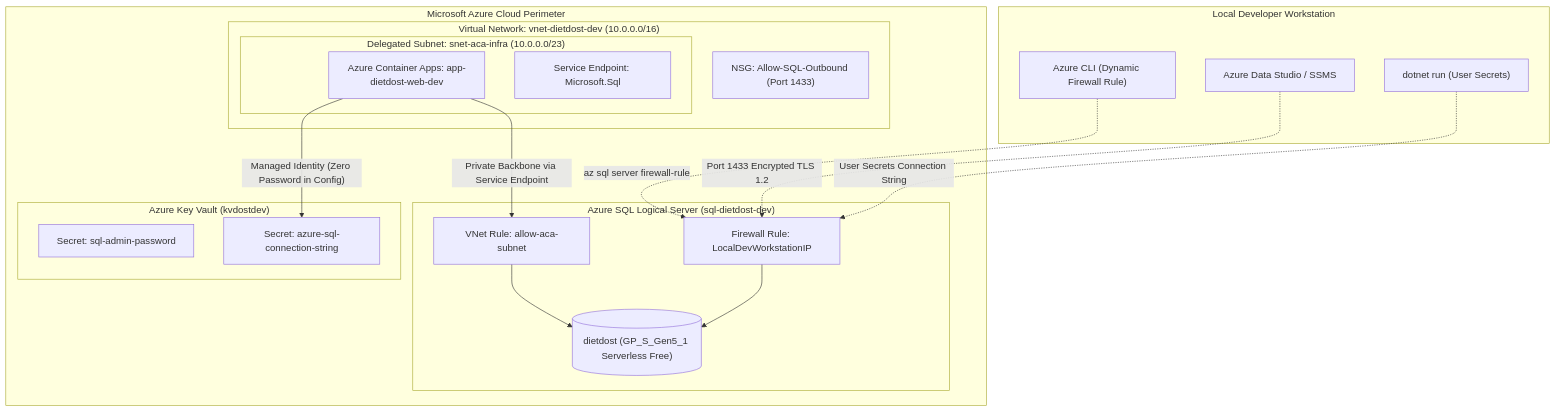
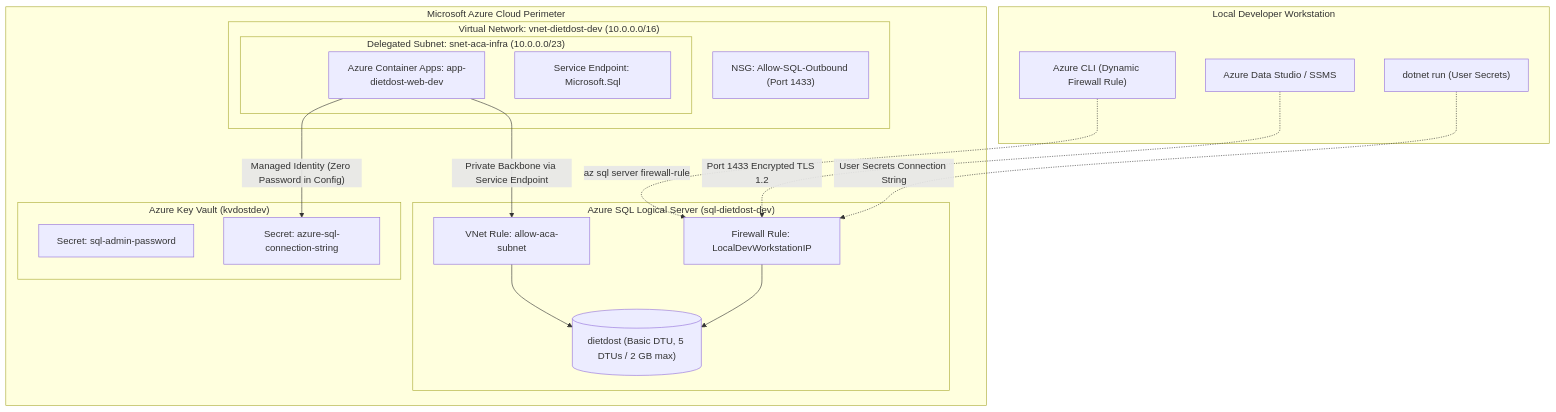
The diagram in docs/sql-setup-guide.md (nikunjbanker/diet-dost), drawn with Mermaid before and after one commit. The commit also changed other lines of this file and 13 other files, not shown here.

Commit message:
fix(infra): pin Azure SQL to Basic DTU tier (#148)

````diff
--- a/docs/sql-setup-guide.md
+++ b/docs/sql-setup-guide.md
@@ -29,37 +28,37 @@
 ```mermaid
 flowchart TD
     subgraph LocalDev ["Local Developer Workstation"]
         ADS["Azure Data Studio / SSMS"]
         DEV_CLI["Azure CLI (Dynamic Firewall Rule)"]
         DEV_APP["dotnet run (User Secrets)"]
     end
 
     subgraph AzureCloud ["Microsoft Azure Cloud Perimeter"]
         subgraph VNet ["Virtual Network: vnet-dietdost-dev (10.0.0.0/16)"]
             subgraph Subnet ["Delegated Subnet: snet-aca-infra (10.0.0.0/23)"]
                 ACA["Azure Container Apps: app-dietdost-web-dev"]
                 SVC_EP["Service Endpoint: Microsoft.Sql"]
             end
             NSG["NSG: Allow-SQL-Outbound (Port 1433)"]
         end
 
         subgraph SQLBoundary ["Azure SQL Logical Server (sql-dietdost-dev)"]
             VNET_RULE["VNet Rule: allow-aca-subnet"]
             FW_RULE["Firewall Rule: LocalDevWorkstationIP"]
-            DB[("dietdost (GP_S_Gen5_1 Serverless Free)")]
+            DB[("dietdost (Basic DTU, 5 DTUs / 2 GB max)")]
         end
 
         subgraph SecretVault ["Azure Key Vault (kvdostdev)"]
             SEC_PWD["Secret: sql-admin-password"]
             SEC_CONN["Secret: azure-sql-connection-string"]
         end
     end
 
     ACA -->|Private Backbone via Service Endpoint| VNET_RULE
     VNET_RULE --> DB
     ACA -->|"Managed Identity (Zero Password in Config)"| SEC_CONN
     DEV_CLI -.->|az sql server firewall-rule| FW_RULE
     ADS -.->|Port 1433 Encrypted TLS 1.2| FW_RULE
     FW_RULE --> DB
     DEV_APP -.->|User Secrets Connection String| FW_RULE
 ```
````
